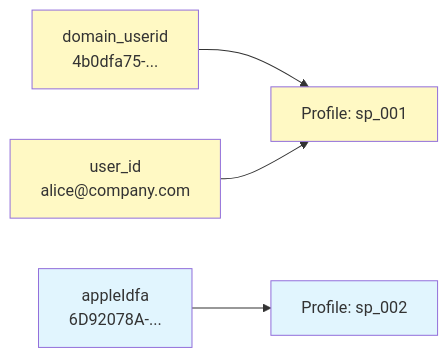
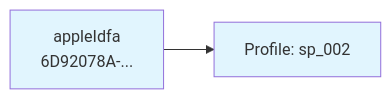
Before and after one commit to snowplow/documentation: the third of 6 diagrams in docs/identities/concepts/index.md, drawn with Mermaid. The commit also changed other lines of this file, not shown here.

````diff
--- a/docs/identities/concepts/index.md
+++ b/docs/identities/concepts/index.md
@@ -143,21 +127,11 @@
 ```mermaid
 graph LR
-    A["domain_userid
-    4b0dfa75-..."]
-    B["user_id
-    alice@company.com"]
     C["appleIdfa
     6D92078A-..."]
-    P1["Profile: sp_001"]
     P2["Profile: sp_002"]
 
-    A --> P1
-    B --> P1
     C --> P2
 
-    style A fill:#fff9c4
-    style B fill:#fff9c4
     style C fill:#e1f5fe
-    style P1 fill:#fff9c4
     style P2 fill:#e1f5fe
 ```
````
